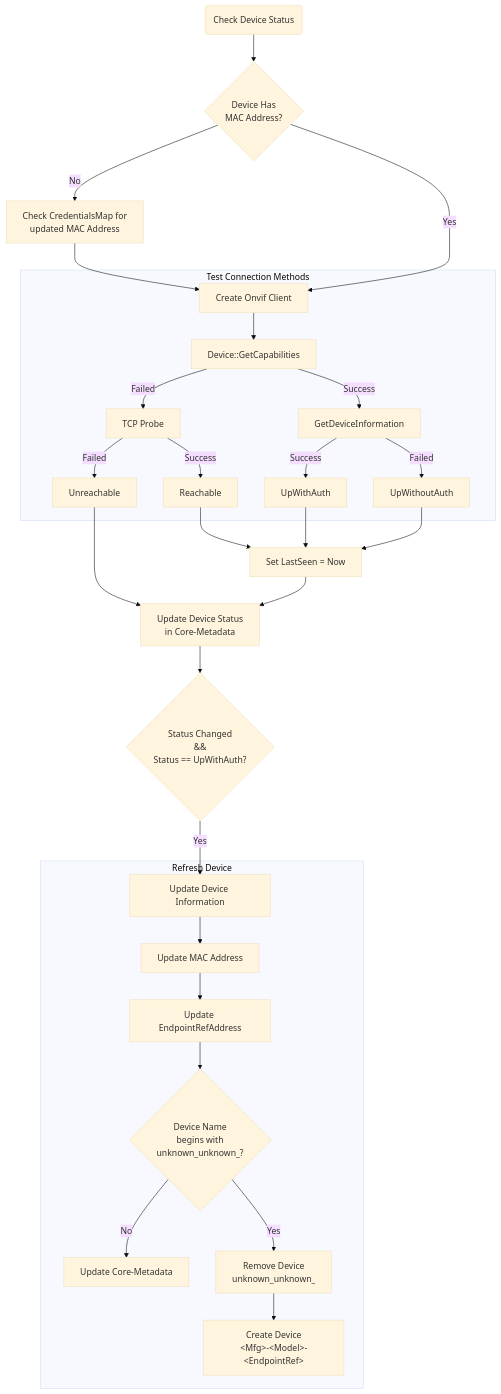
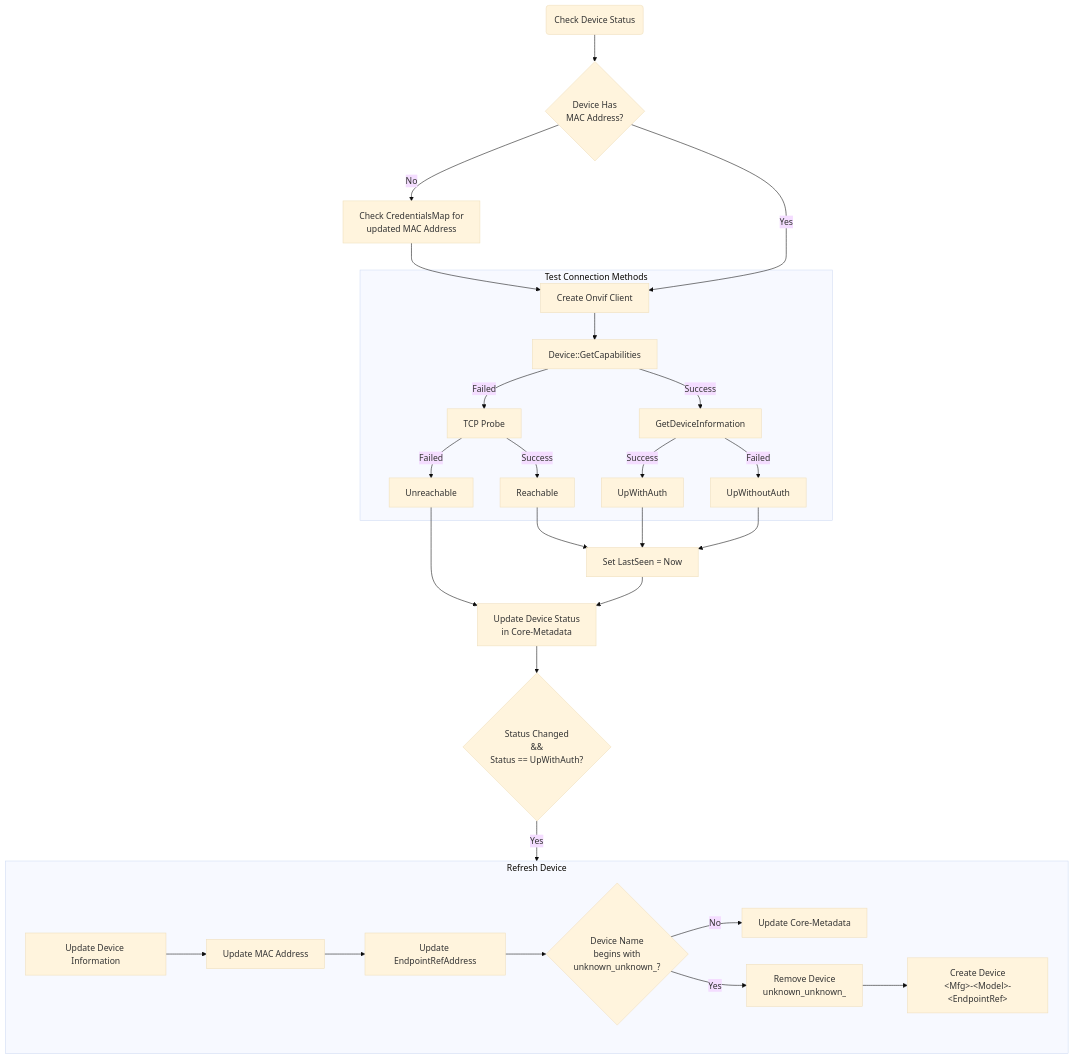
The diagram in doc/device-status.md (edgexfoundry/device-onvif-camera), drawn with Mermaid (base theme) before and after one commit. The commit also changed 1 other file, not shown here.

Commit message:
docs: small diagram tweaks and use dropdowns in creds

````diff
--- a/doc/device-status.md
+++ b/doc/device-status.md
@@ -15,56 +15,56 @@
 ```mermaid
 %% Note: The node and edge definitions are split up to make it easier to adjust the
 %% links between the various nodes.
 flowchart TD;
     %% -------- Node Definitions -------- %%
     CheckDeviceStatus(Check Device Status)
     UpdateDeviceStatus[Update Device Status<br/>in Core-Metadata]
     SetLastSeen[Set LastSeen = Now]
     UpdateMetadata[Update Core-Metadata]
     CheckNowUpWithAuth{Status Changed<br/>&&<br/>Status == UpWithAuth?}
     DeviceHasMAC{Device Has<br/>MAC Address?}
     CreateClient[Create Onvif Client]
     GetCapabilities[Device::GetCapabilities]
     CheckUpdatedMAC[Check CredentialsMap for<br/>updated MAC Address]
     TCPProbe[TCP Probe]
     GetDeviceInfo[GetDeviceInformation]
     UpdateDeviceInfo[Update Device Information]
     UpdateMACAddress[Update MAC Address]
     UpdateEndpointRef[Update EndpointRefAddress]
     DeviceUnknown{Device Name<br/>begins with<br/>unknown_unknown_?}
     RemoveDevice[Remove Device<br/>unknown_unknown_]
     CreateDevice[Create Device<br/>&ltMfg&gt-&ltModel&gt-&ltEndpointRef&gt]
     
     %% -------- Graph Definitions -------- %%
     CheckDeviceStatus --> DeviceHasMAC
     DeviceHasMAC -- No --> CheckUpdatedMAC
     DeviceHasMAC -- Yes --> CreateClient
     CheckUpdatedMAC --> CreateClient
     
     subgraph Test Connection Methods
         CreateClient --> GetCapabilities
         GetCapabilities -- Failed --> TCPProbe
         GetCapabilities -- Success --> GetDeviceInfo
         GetDeviceInfo -- Success --> UpWithAuth
         GetDeviceInfo -- Failed --> UpWithoutAuth
         TCPProbe -- Failed --> Unreachable
         TCPProbe -- Success --> Reachable
     end
     
     UpWithAuth --> SetLastSeen
     UpWithoutAuth --> SetLastSeen
     Reachable --> SetLastSeen
     Unreachable --> UpdateDeviceStatus
     UpdateDeviceStatus --> CheckNowUpWithAuth
     SetLastSeen --> UpdateDeviceStatus
-    CheckNowUpWithAuth -- Yes --> UpdateDeviceInfo
+    CheckNowUpWithAuth -- Yes --> RefreshDevice
     
-    subgraph Refresh Device
+    subgraph RefreshDevice[Refresh Device]
         UpdateDeviceInfo --> UpdateMACAddress
         UpdateMACAddress --> UpdateEndpointRef
         UpdateEndpointRef --> DeviceUnknown
         DeviceUnknown -- No --> UpdateMetadata
         DeviceUnknown -- Yes --> RemoveDevice
         RemoveDevice --> CreateDevice
     end
 ```
````
